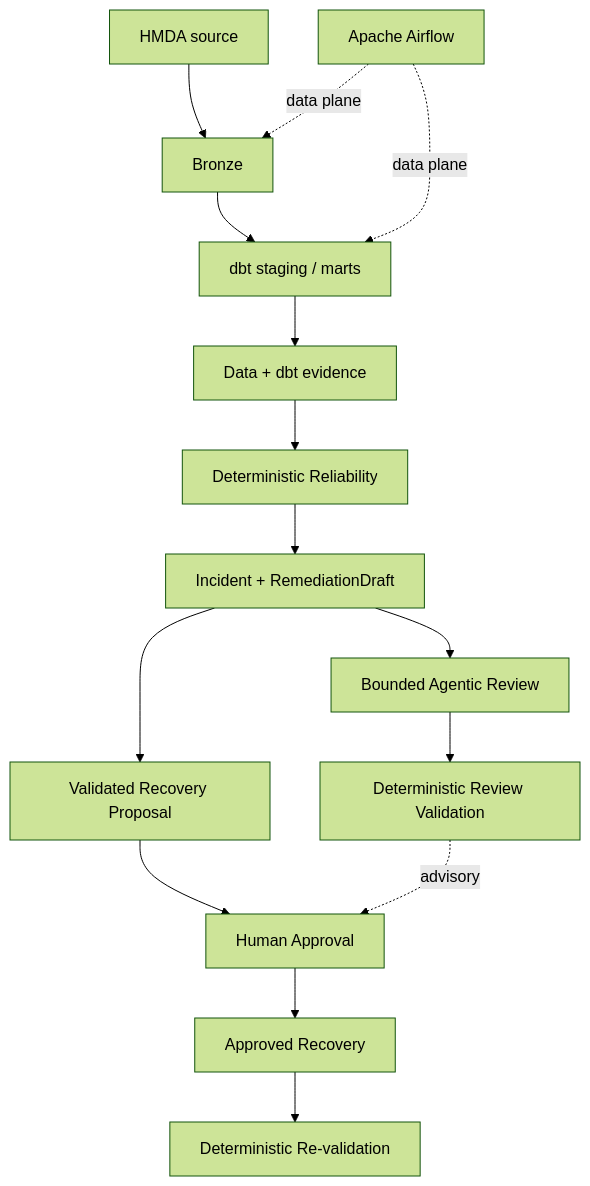
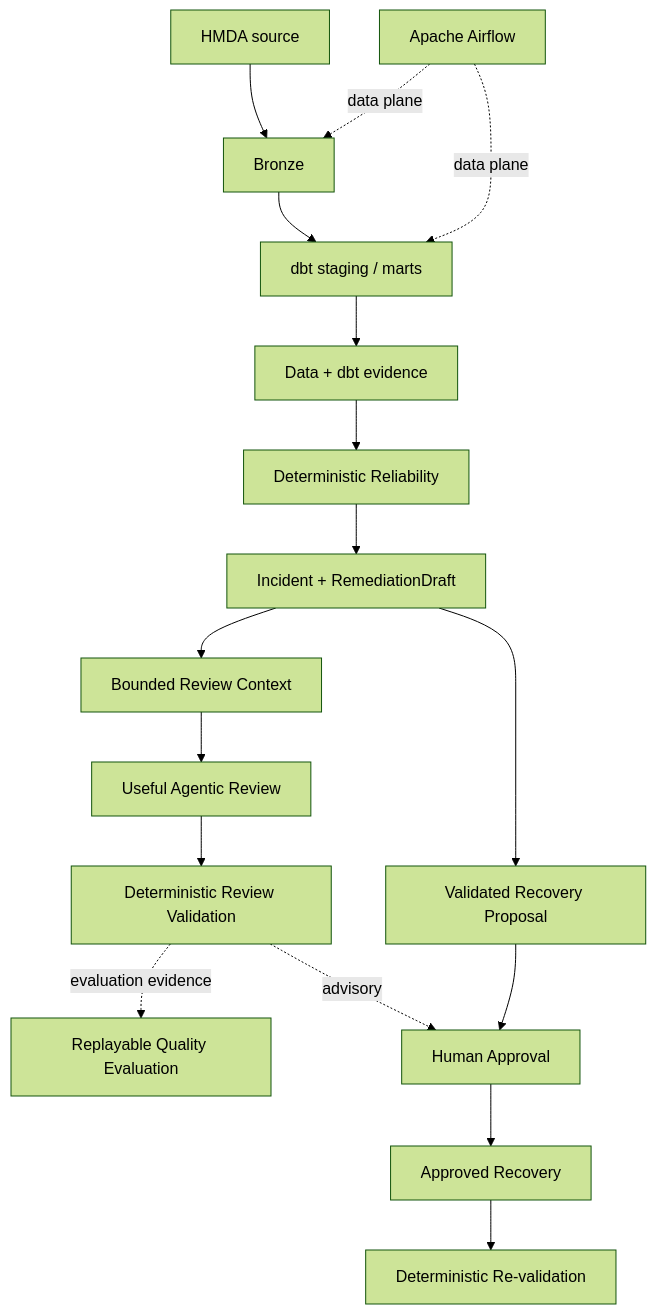
Before and after one commit to mols3131d/hmda-data-reliability: the diagram in docs/mvp.md, drawn with Mermaid (forest theme). The commit also changed other lines of this file, not shown here.

Commit message:
docs: redefine MVP around useful agentic review (#243)

````diff
--- a/docs/mvp.md
+++ b/docs/mvp.md
@@ -43,20 +47,22 @@
 ```mermaid
 flowchart TB
     source["HMDA source"] --> bronze["Bronze"]
     bronze --> analytical["dbt staging / marts"]
     analytical --> evidence["Data + dbt evidence"]
     evidence --> reliability["Deterministic Reliability"]
     reliability --> incident["Incident + RemediationDraft"]
+    incident --> context["Bounded Review Context"]
 
-    incident --> agent["Bounded Agentic Review"]
+    context --> agent["Useful Agentic Review"]
     agent --> guard["Deterministic Review Validation"]
+    guard -. evaluation evidence .-> evaluation["Replayable Quality Evaluation"]
 
     incident --> proposal["Validated Recovery Proposal"]
     proposal --> human["Human Approval"]
     guard -. advisory .-> human
     human --> recovery["Approved Recovery"]
     recovery --> verify["Deterministic Re-validation"]
 
     airflow["Apache Airflow"] -. data plane .-> bronze
     airflow -. data plane .-> analytical
 ```
````
